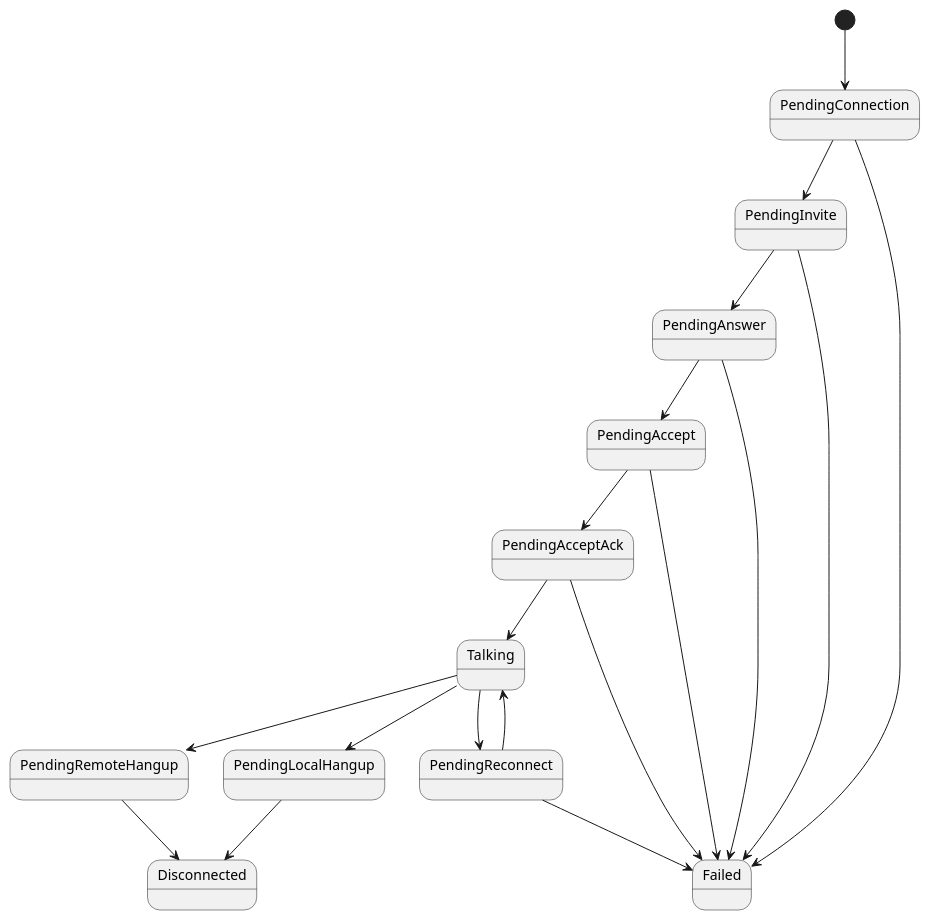
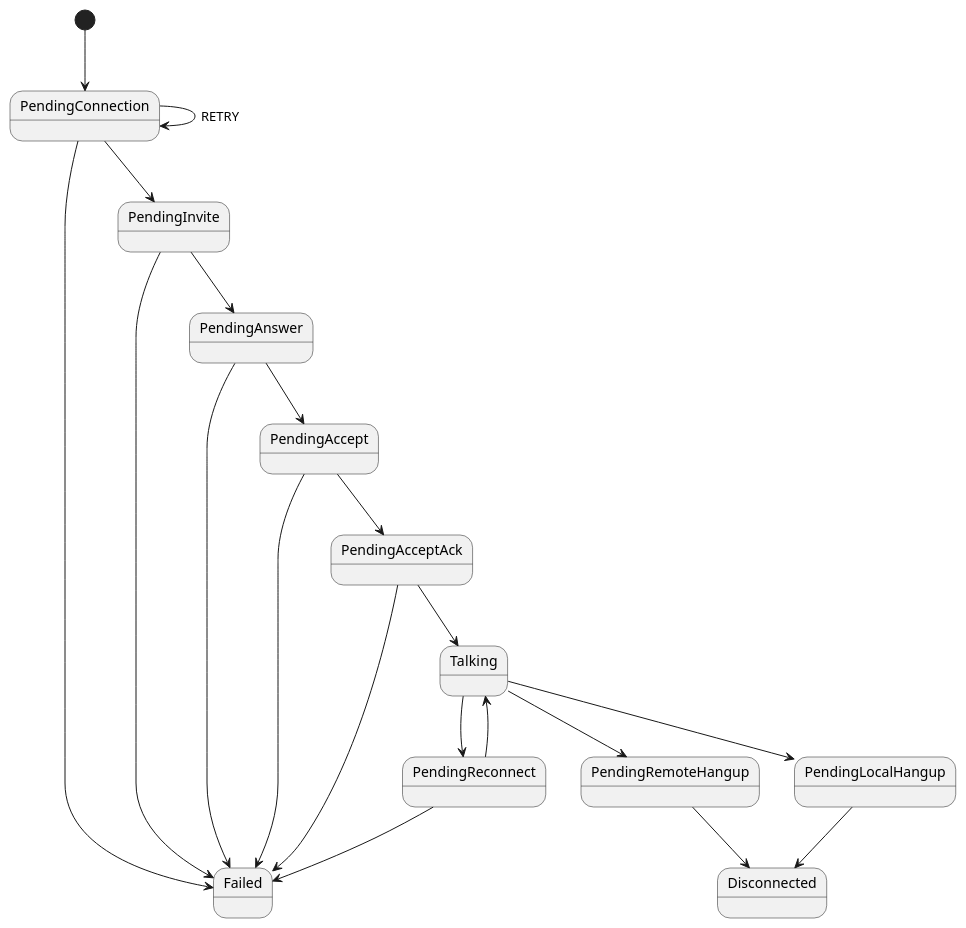
Before and after one commit to aws/connect-rtc-js: the diagram in uml/Signaling.puml, drawn with PlantUML. The commit also changed 2 other files, not shown here.

```diff
--- a/uml/Signaling.puml
+++ b/uml/Signaling.puml
@@ -1,23 +1,23 @@
 @startuml
 
 [*] --> PendingConnection
 PendingConnection --> PendingInvite
+PendingConnection --> PendingConnection : RETRY
 PendingConnection --> Failed
 PendingInvite --> PendingAnswer
 PendingInvite --> Failed
 PendingAnswer --> PendingAccept
 PendingAnswer --> Failed
 PendingAccept --> PendingAcceptAck
 PendingAccept --> Failed
 PendingAcceptAck --> Talking
 PendingAcceptAck --> Failed
 Talking --> PendingRemoteHangup
 Talking --> PendingLocalHangup
 Talking --> PendingReconnect
 PendingReconnect --> Talking
 PendingReconnect --> Failed
 PendingRemoteHangup --> Disconnected
 PendingLocalHangup --> Disconnected
 
-
 @enduml
```
